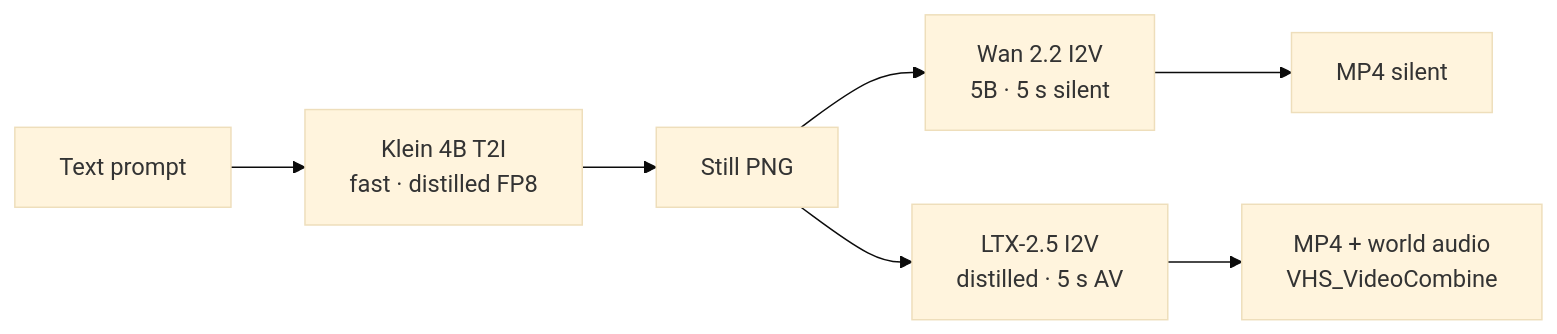
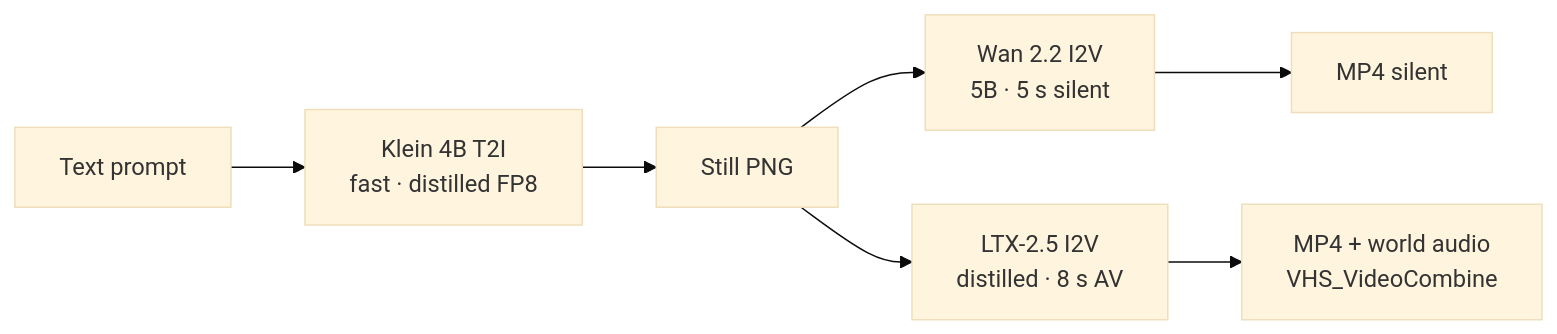
Before and after one commit to toxicoder/ez-comfy-stack: the second of 2 diagrams in docs/visual-generative-ai.mdx, drawn with Mermaid (base theme). The commit also changed other lines of this file and 306 other files, not shown here.

````diff
--- a/docs/visual-generative-ai.mdx
+++ b/docs/visual-generative-ai.mdx
@@ -90,9 +90,9 @@
 ```mermaid
 flowchart LR
   Prompt["Text prompt"] --> Klein["Klein 4B T2I<br/>fast · distilled FP8"]
   Klein --> Image["Still PNG"]
   Image --> Wan["Wan 2.2 I2V<br/>5B · 5 s silent"]
   Wan --> Silent["MP4 silent"]
-  Image --> LTX["LTX-2.5 I2V<br/>distilled · 5 s AV"]
+  Image --> LTX["LTX-2.5 I2V<br/>distilled · 8 s AV"]
   LTX --> Mp4["MP4 + world audio<br/>VHS_VideoCombine"]
 ```
````
